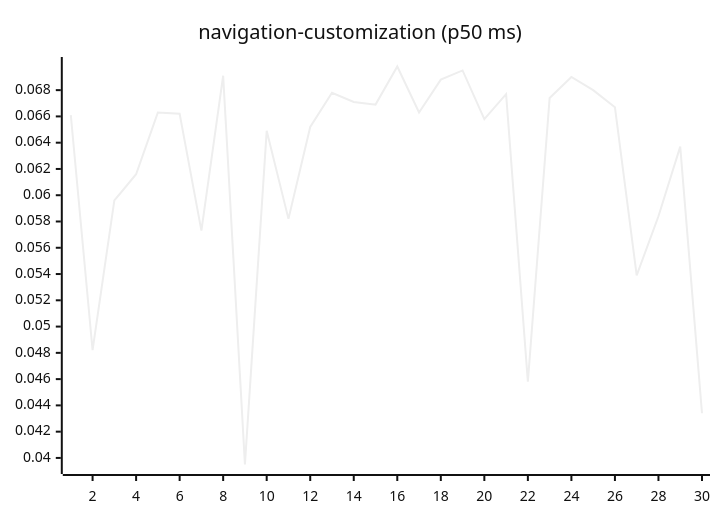
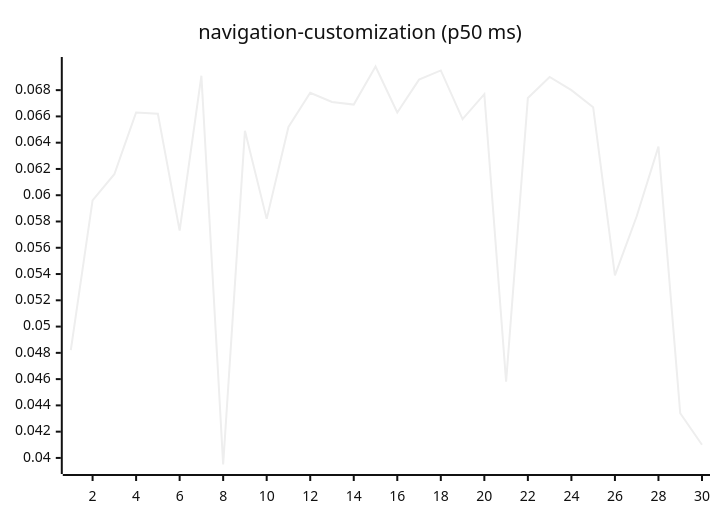
Diagram 15 of 27 in README.md (josha/Facet), drawn with Mermaid (neutral theme) before and after one commit. The commit also changed other lines of this file and 2 other files, not shown here.

````diff
--- a/README.md
+++ b/README.md
@@ -161,6 +161,6 @@
 ```mermaid
 xychart-beta
     title "navigation-customization (p50 ms)"
     x-axis 1 --> 30
-    line [0.0661, 0.0482, 0.0596, 0.0616, 0.0663, 0.0662, 0.0573, 0.0691, 0.0395, 0.0649, 0.0582, 0.0652, 0.0678, 0.0671, 0.0669, 0.0698, 0.0663, 0.0688, 0.0695, 0.0658, 0.0677, 0.0458, 0.0674, 0.0690, 0.0680, 0.0667, 0.0539, 0.0584, 0.0637, 0.0434]
+    line [0.0482, 0.0596, 0.0616, 0.0663, 0.0662, 0.0573, 0.0691, 0.0395, 0.0649, 0.0582, 0.0652, 0.0678, 0.0671, 0.0669, 0.0698, 0.0663, 0.0688, 0.0695, 0.0658, 0.0677, 0.0458, 0.0674, 0.0690, 0.0680, 0.0667, 0.0539, 0.0584, 0.0637, 0.0434, 0.0410]
 ```
````
